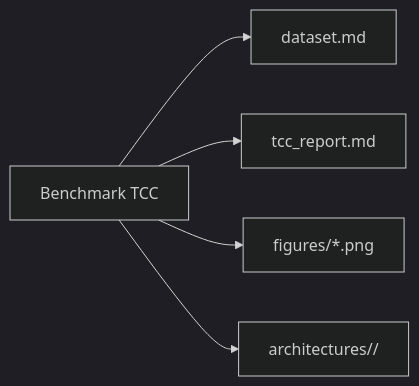
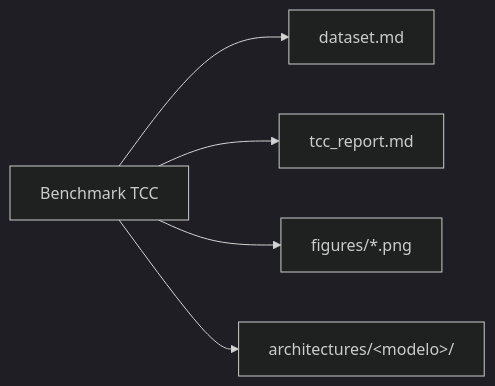
One commit to thierrybraga/XFakeSong changed the third of 3 diagrams in docs/index.md. Above: the diagram before and after it, drawn with Mermaid (dark theme). The commit also changed other lines of this file and 7 other files, not shown here.

````diff
--- a/docs/index.md
+++ b/docs/index.md
@@ -51,7 +68,7 @@
 ```mermaid
 flowchart LR
     A["Benchmark TCC"] --> B["dataset.md"]
     A --> C["tcc_report.md"]
     A --> D["figures/*.png"]
-    A --> E["architectures/<modelo>/"]
+    A --> E["architectures/&lt;modelo&gt;/"]
 ```
````
